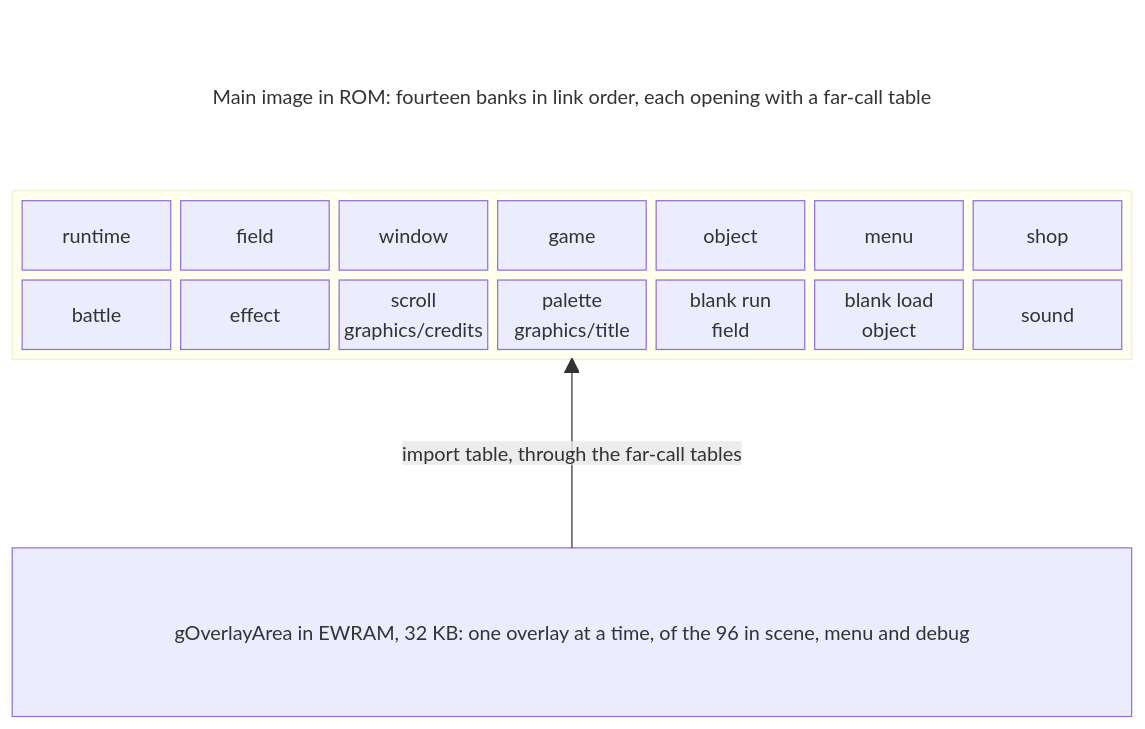
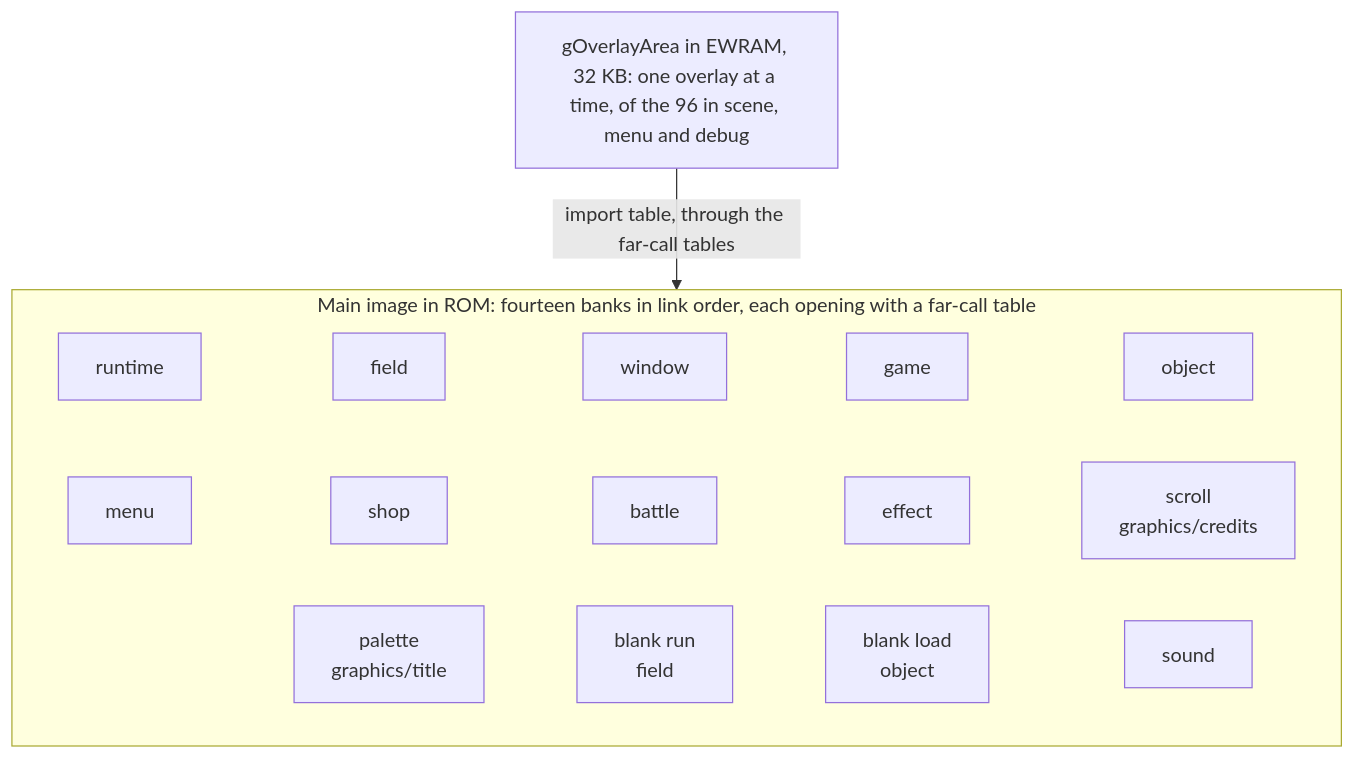
One commit to PascalPixel/alchemy changed the first of 2 diagrams in games/tbs/src/README.md. Above: the diagram before and after it, drawn with Mermaid. The commit also changed 17 other files, not shown here.

First line of the commit message:
Docs: diagrams that draw on the site

````diff
--- a/games/tbs/src/README.md
+++ b/games/tbs/src/README.md
@@ -3,15 +3,11 @@
 ```mermaid
-block-beta
-    columns 1
-    romlabel["Main image in ROM: fourteen banks in link order, each opening with a far-call table"]
-    block:rom
-        columns 7
-        runtime field window game object menu shop
-        battle effect scroll["scroll<br/>graphics/credits"] palette["palette<br/>graphics/title"] blankrun["blank run<br/>field"] blankload["blank load<br/>object"] sound
+flowchart TB
+    subgraph rom["Main image in ROM: fourteen banks in link order, each opening with a far-call table"]
+        direction LR
+        runtime ~~~ field ~~~ window ~~~ game ~~~ object
+        menu ~~~ shop ~~~ battle ~~~ effect ~~~ scroll["scroll<br/>graphics/credits"]
+        palette["palette<br/>graphics/title"] ~~~ blankrun["blank run<br/>field"] ~~~ blankload["blank load<br/>object"] ~~~ sound
     end
-    space
     area["gOverlayArea in EWRAM, 32 KB: one overlay at a time, of the 96 in scene, menu and debug"]
     area -- "import table, through the far-call tables" --> rom
-    classDef label fill:none,stroke:none
-    class romlabel label
 ```
````
